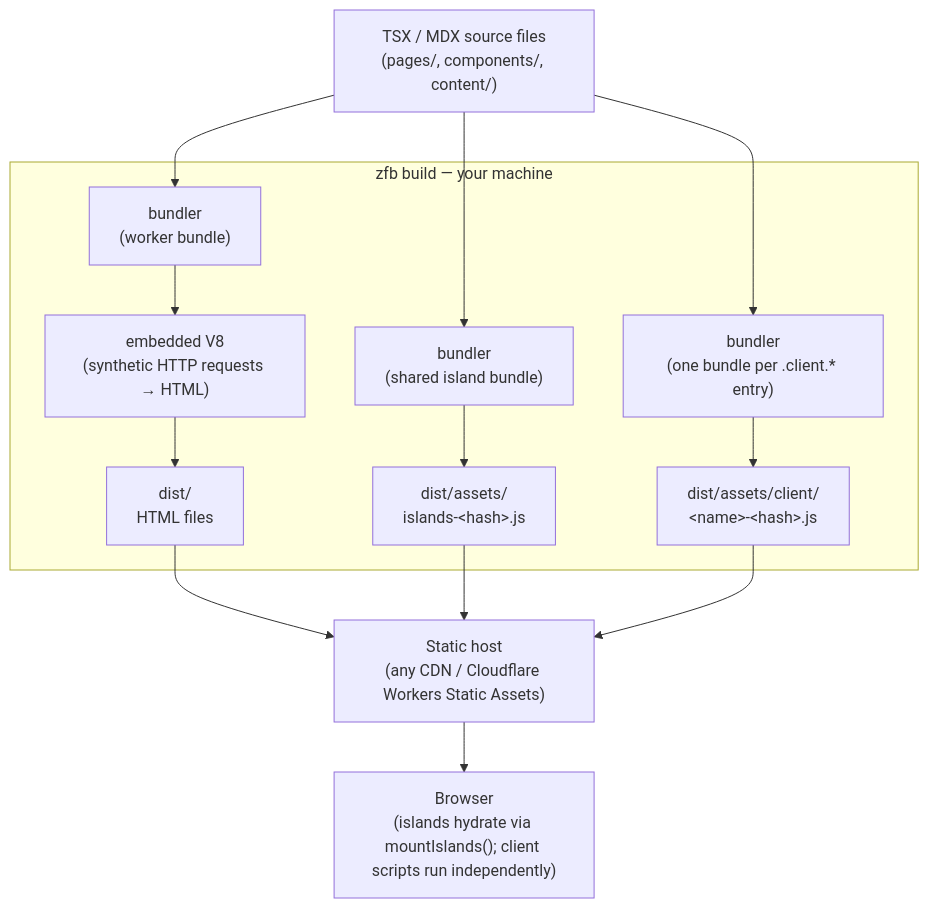
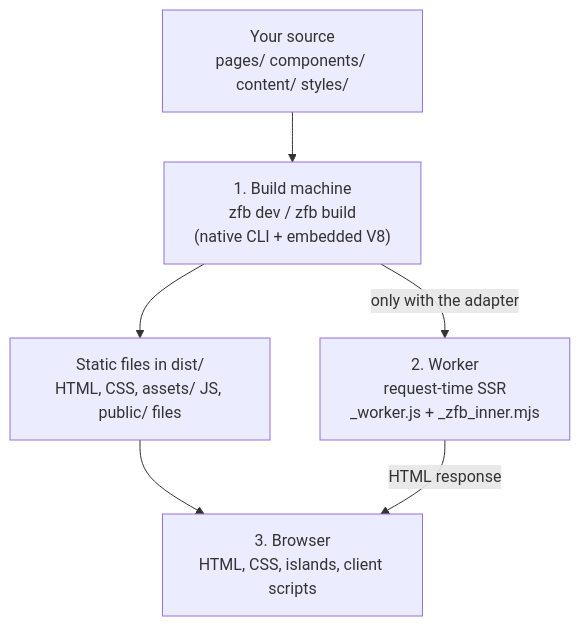
Before and after one commit to Takazudo/zudo-front-builder: the diagram in docs/src/content/docs/architecture/architecture-overview.mdx, drawn with Mermaid. The commit also changed other lines of this file and 1 other file, not shown here.

First line of the commit message:
docs(architecture): rewrite overview as the frontend developer guide

````diff
--- a/docs/src/content/docs/architecture/architecture-overview.mdx
+++ b/docs/src/content/docs/architecture/architecture-overview.mdx
@@ -87,32 +44,14 @@
 ```mermaid
 flowchart TD
-    src["TSX / MDX source files\n(pages/, components/, content/)"]
+    src["Your source\npages/ components/ content/ styles/"]
+    build["1. Build machine\nzfb dev / zfb build\n(native CLI + embedded V8)"]
+    assets["Static files in dist/\nHTML, CSS, assets/ JS, public/ files"]
+    worker["2. Worker\nrequest-time SSR\n_worker.js + _zfb_inner.mjs"]
+    browser["3. Browser\nHTML, CSS, islands, client scripts"]
 
-    subgraph build["zfb build — your machine"]
-        esbuild_worker["bundler\n(worker bundle)"]
-        v8["embedded V8\n(synthetic HTTP requests → HTML)"]
-        esbuild_islands["bundler\n(shared island bundle)"]
-        esbuild_client["bundler\n(one bundle per .client.* entry)"]
-        dist_html["dist/\nHTML files"]
-        dist_js["dist/assets/\nislands-&lt;hash&gt;.js"]
-        dist_client["dist/assets/client/\n&lt;name&gt;-&lt;hash&gt;.js"]
-    end
-
-    deploy["Static host\n(any CDN / Cloudflare Workers Static Assets)"]
-    browser["Browser\n(islands hydrate via mountIslands(); client scripts run independently)"]
-
-    src --> esbuild_worker
-    esbuild_worker --> v8
-    v8 --> dist_html
-
-    src --> esbuild_islands
-    esbuild_islands --> dist_js
-
-    src --> esbuild_client
-    esbuild_client --> dist_client
-
-    dist_html --> deploy
-    dist_js --> deploy
-    dist_client --> deploy
-    deploy --> browser
+    src --> build
+    build --> assets
+    build -->|"only with the adapter"| worker
+    assets --> browser
+    worker -->|"HTML response"| browser
 ```
````
